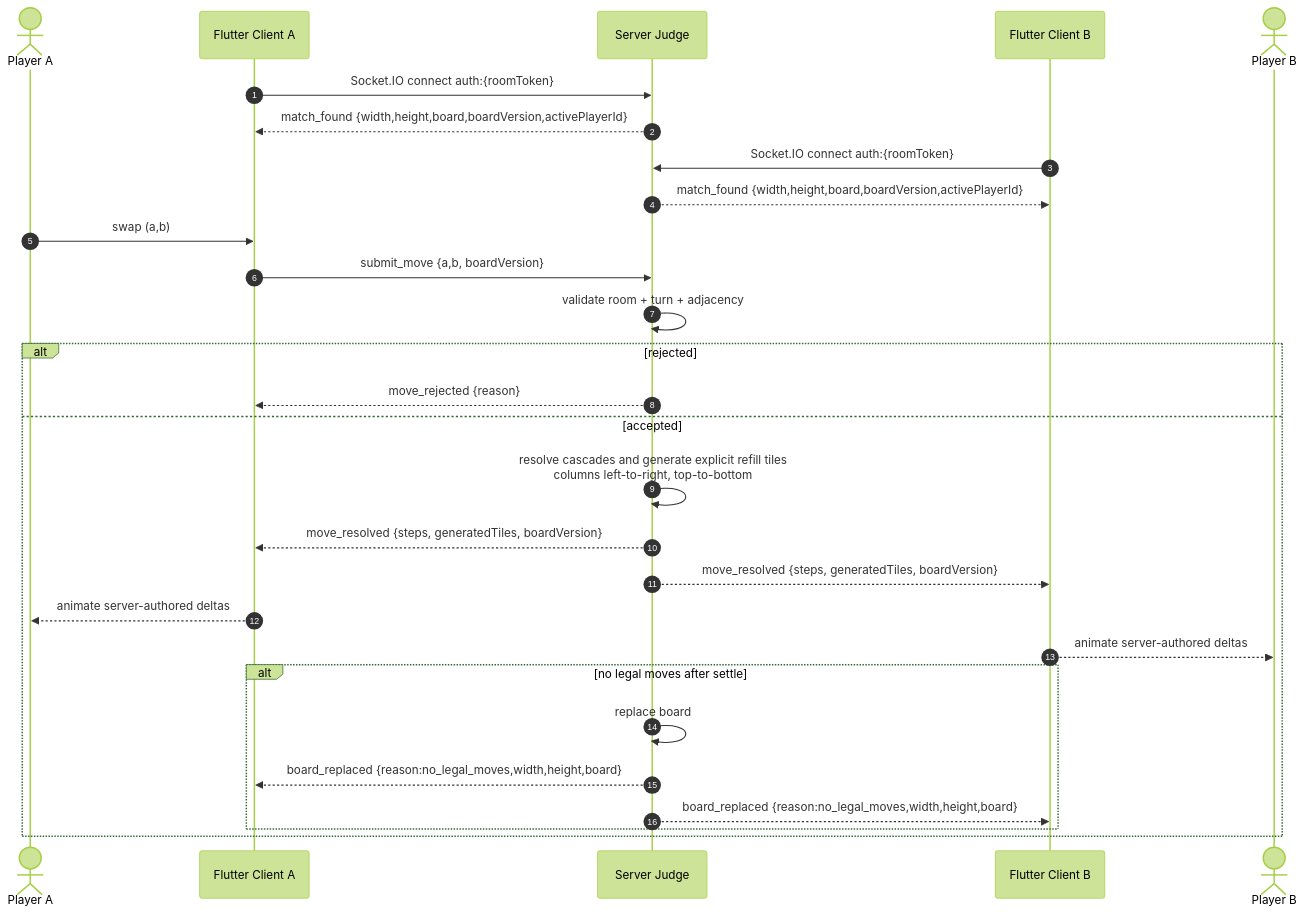
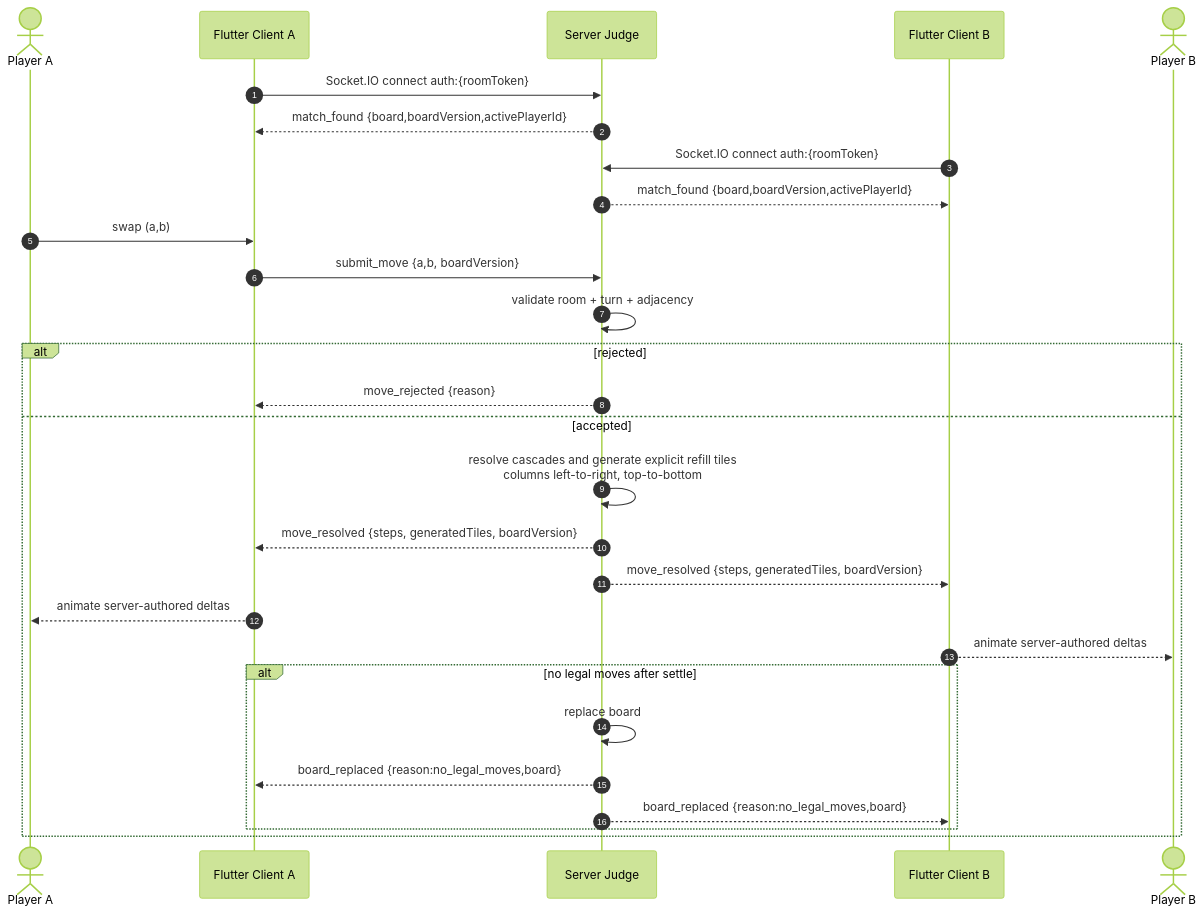
Before and after one commit to BuiHoangTu/match3-competitive-fe: the fifth of 11 diagrams in specification/system-design.md, drawn with Mermaid (forest theme). The commit also changed other lines of this file and 11 other files, not shown here.

````diff
--- a/specification/system-design.md
+++ b/specification/system-design.md
@@ -286,30 +286,30 @@
 ```mermaid
 sequenceDiagram
     autonumber
     actor A as Player A
     participant CA as Flutter Client A
     participant S as Server Judge
     participant CB as Flutter Client B
     actor B as Player B
     CA->>S: Socket.IO connect auth:{roomToken}
-    S-->>CA: match_found {width,height,board,boardVersion,activePlayerId}
+    S-->>CA: match_found {board,boardVersion,activePlayerId}
     CB->>S: Socket.IO connect auth:{roomToken}
-    S-->>CB: match_found {width,height,board,boardVersion,activePlayerId}
+    S-->>CB: match_found {board,boardVersion,activePlayerId}
     A->>CA: swap (a,b)
     CA->>S: submit_move {a,b, boardVersion}
     S->>S: validate room + turn + adjacency
     alt rejected
         S-->>CA: move_rejected {reason}
     else accepted
         S->>S: resolve cascades and generate explicit refill tiles<br/>columns left-to-right, top-to-bottom
         S-->>CA: move_resolved {steps, generatedTiles, boardVersion}
         S-->>CB: move_resolved {steps, generatedTiles, boardVersion}
         CA-->>A: animate server-authored deltas
         CB-->>B: animate server-authored deltas
         alt no legal moves after settle
             S->>S: replace board
-            S-->>CA: board_replaced {reason:no_legal_moves,width,height,board}
-            S-->>CB: board_replaced {reason:no_legal_moves,width,height,board}
+            S-->>CA: board_replaced {reason:no_legal_moves,board}
+            S-->>CB: board_replaced {reason:no_legal_moves,board}
         end
     end
 ```
````
